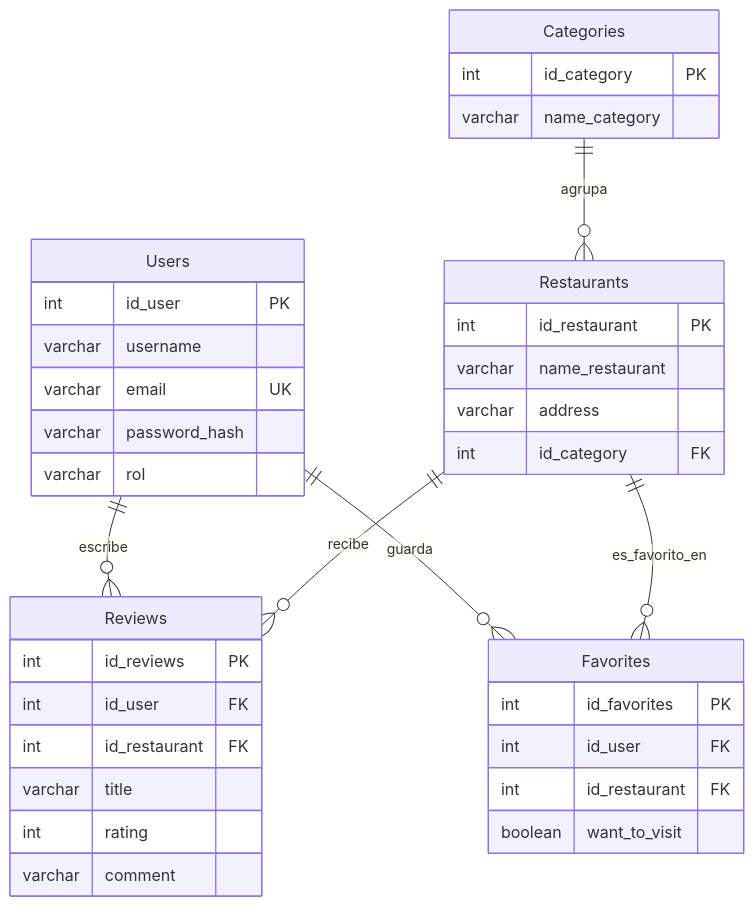
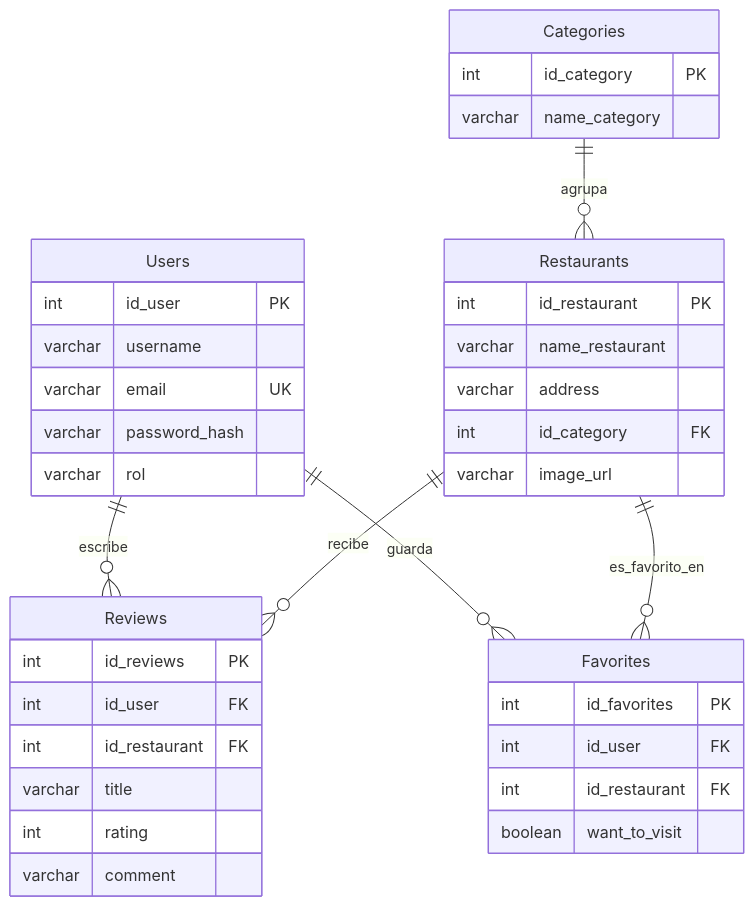
The second of 4 diagrams in doc/MEMORIA_SALTYREVIEWS.md (EstherUc/SaltyReviews), drawn with Mermaid before and after one commit. The commit also changed other lines of this file and 4 other files, not shown here.

````diff
--- a/doc/MEMORIA_SALTYREVIEWS.md
+++ b/doc/MEMORIA_SALTYREVIEWS.md
@@ -102,40 +103,41 @@
 ```mermaid
 erDiagram
     Users ||--o{ Reviews : escribe
     Restaurants ||--o{ Reviews : recibe
     Users ||--o{ Favorites : guarda
     Restaurants ||--o{ Favorites : es_favorito_en
     Categories ||--o{ Restaurants : agrupa
 
     Users {
         int id_user PK
         varchar username
         varchar email UK
         varchar password_hash
         varchar rol
     }
     Restaurants {
         int id_restaurant PK
         varchar name_restaurant
         varchar address
         int id_category FK
+        varchar image_url
     }
     Categories {
         int id_category PK
         varchar name_category
     }
     Reviews {
         int id_reviews PK
         int id_user FK
         int id_restaurant FK
         varchar title
         int rating
         varchar comment
     }
     Favorites {
         int id_favorites PK
         int id_user FK
         int id_restaurant FK
         boolean want_to_visit
     }
 ```
````
